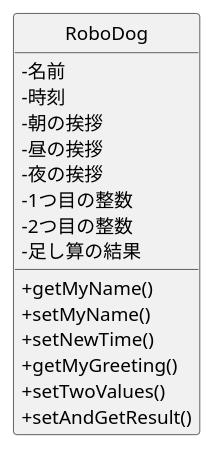
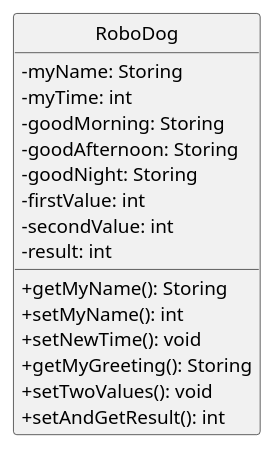
One commit to tagamiren/ohara_uml changed the diagram in 06_robo_dog/class.pu. Above: the diagram before and after it, drawn with PlantUML.

Commit message:
classにデータ型挿入

```diff
--- a/06_robo_dog/class.pu
+++ b/06_robo_dog/class.pu
@@ -1,28 +1,31 @@
 @startuml Robodogクラス図
 skinparam classAttributeIconSize 0
 hide circle
 
 class RoboDog {
- -名前
- -時刻
- -朝の挨拶
- -昼の挨拶
- -夜の挨拶
- -1つ目の整数
- -2つ目の整数
- -足し算の結果
+ -myName: Storing
+ -myTime: int
+ -goodMorning: Storing
+ -goodAfternoon: Storing
+ -goodNight: Storing
+ -firstValue: int
+ -secondValue: int
+'  教科書にない
+ -result: int
 
- +getMyName()
- +setMyName()
+' 返り値
+ +getMyName(): Storing
+ +setMyName(): int
 '  +時刻の設定()
- +setNewTime()
+ +setNewTime(): void
 '  +時刻に応じた挨拶の言葉を取得()
- +getMyGreeting()
+ +getMyGreeting(): Storing
 '  +2つの整数を設定()
- +setTwoValues()
+' 教科書にない
+ +setTwoValues(): void
 '  +足し算結果登録()
 '  +足し算結果取得()
- +setAndGetResult()
+ +setAndGetResult(): int
 }
 
 @enduml
```
